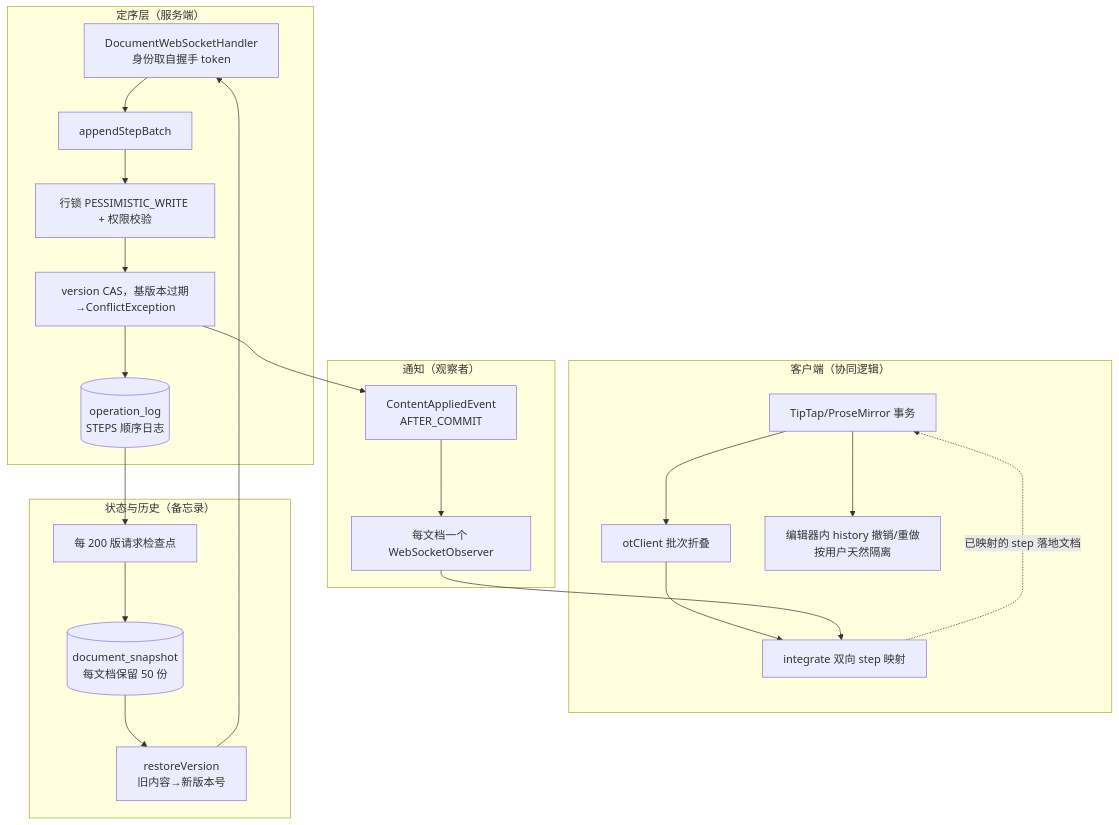
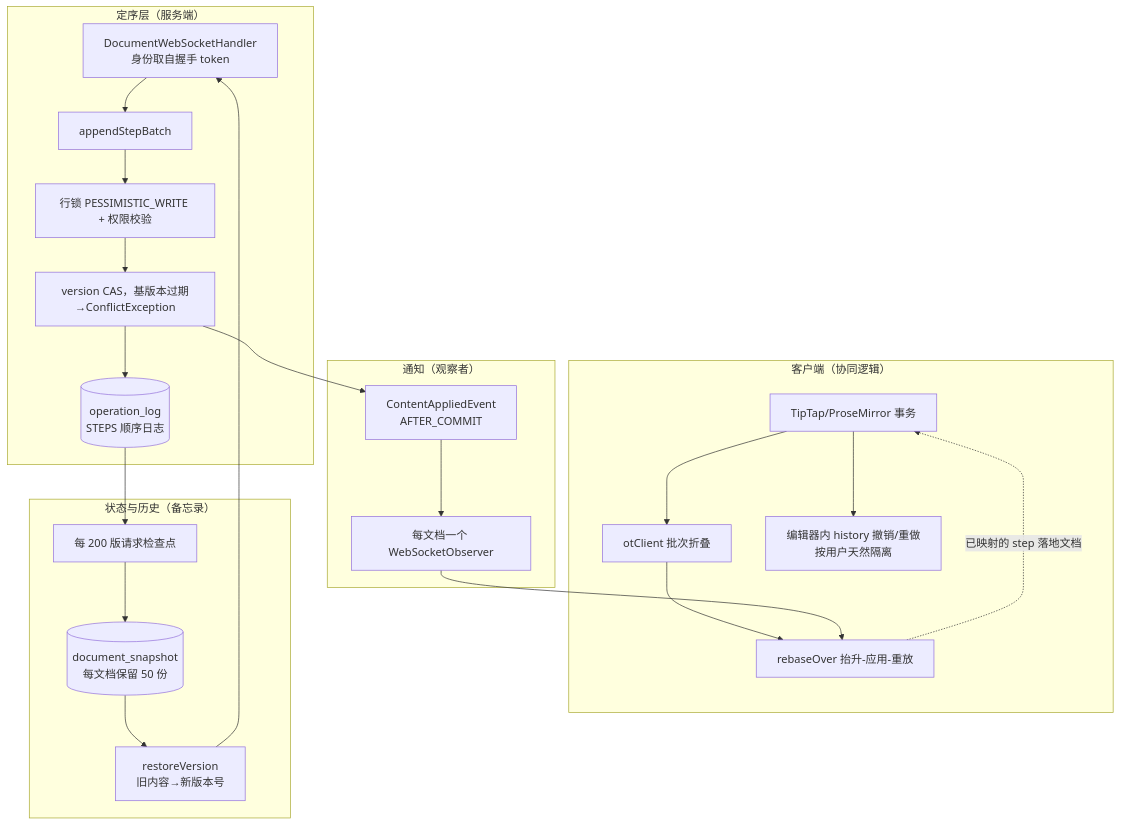
The sixth of 10 diagrams in 系统模式结构图.md (sky8791-flash/project-design), drawn with Mermaid before and after one commit. The commit also changed other lines of this file and 1 other file, not shown here.

First line of the commit message:
Sync the design docs with the rebase, which they still described as two-way mapping

````diff
--- a/系统模式结构图.md
+++ b/系统模式结构图.md
@@ -203,30 +203,30 @@
 ```mermaid
 graph TB
     subgraph "客户端（协同逻辑）"
         K1[TipTap/ProseMirror 事务] --> K2[otClient 批次折叠]
-        K2 --> K3[integrate 双向 step 映射]
+        K2 --> K3[rebaseOver 抬升-应用-重放]
         K1 --> K4[编辑器内 history 撤销/重做<br>按用户天然隔离]
     end
 
     subgraph "定序层（服务端）"
         W[DocumentWebSocketHandler<br>身份取自握手 token] --> AP[appendStepBatch]
         AP --> LK[行锁 PESSIMISTIC_WRITE + 权限校验]
         LK --> CAS[version CAS，基版本过期→ConflictException]
         CAS --> LOG[(operation_log<br>STEPS 顺序日志)]
     end
 
     subgraph "状态与历史（备忘录）"
         LOG --> CK[每 200 版请求检查点]
         CK --> SNAP[(document_snapshot<br>每文档保留 50 份)]
         SNAP --> RS[restoreVersion<br>旧内容→新版本号]
         RS --> W
     end
 
     subgraph "通知（观察者）"
         CAS --> EV[ContentAppliedEvent<br>AFTER_COMMIT]
         EV --> OB[每文档一个 WebSocketObserver]
         OB --> K3
     end
 
     K3 -.->|"已映射的 step 落地文档"| K1
 ```
````
